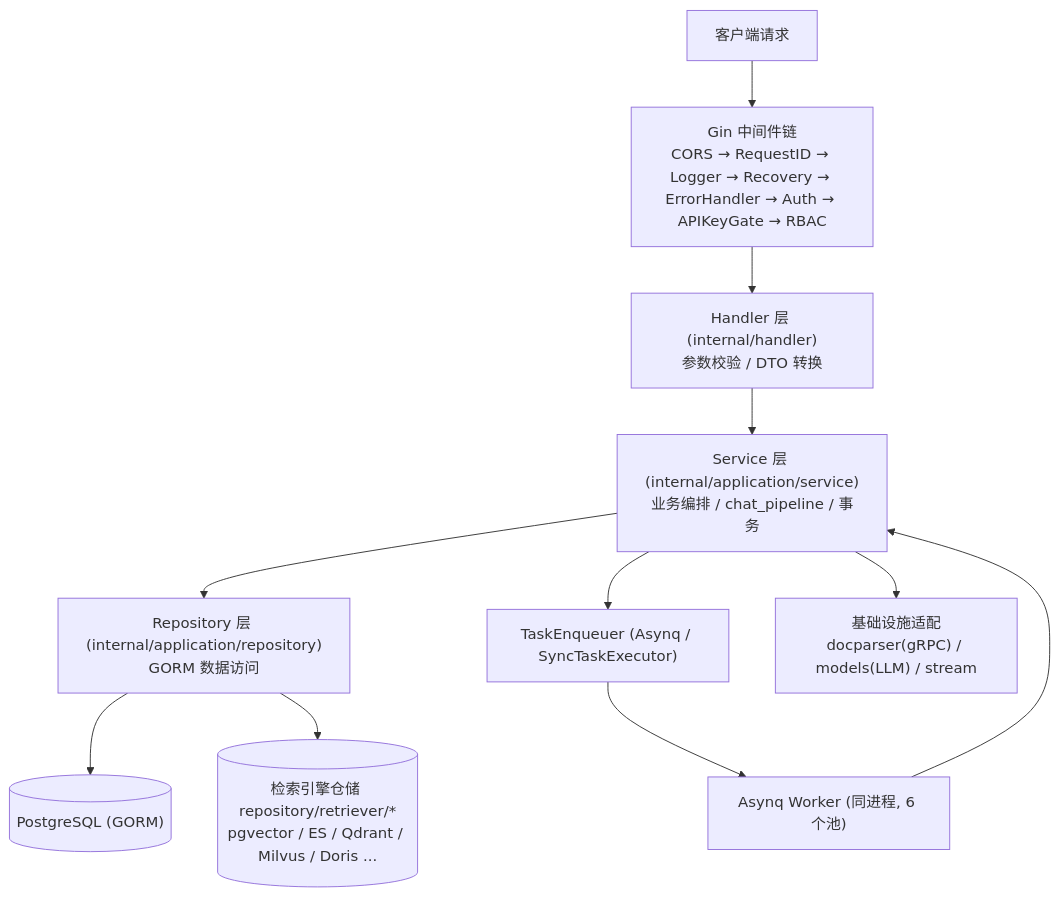
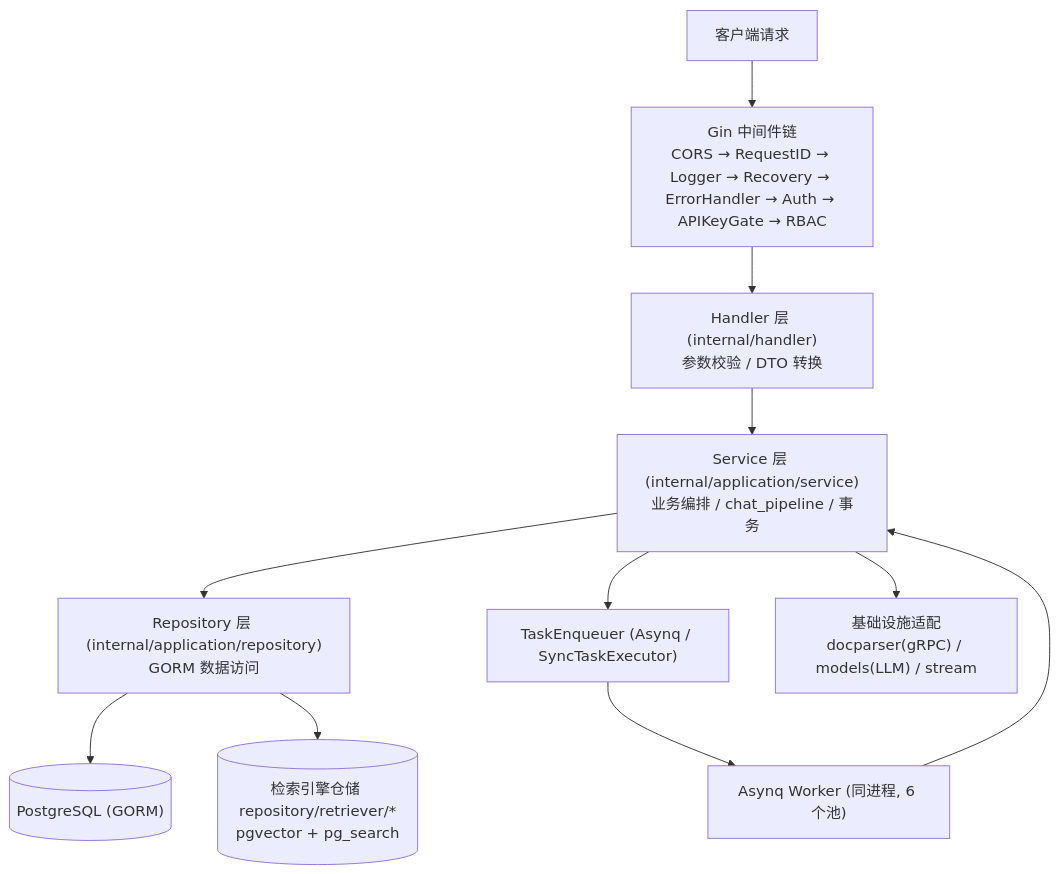
The first of 3 diagrams in website-docs/02-architecture/02-backend-design.md (magicyuan876/Yuheng), drawn with Mermaid before and after one commit. The commit also changed other lines of this file and 37 other files, not shown here.

````diff
--- a/website-docs/02-architecture/02-backend-design.md
+++ b/website-docs/02-architecture/02-backend-design.md
@@ -18,13 +18,13 @@
 ```mermaid
 graph TD
     C["客户端请求"] --> MW["Gin 中间件链<br/>CORS → RequestID → Logger → Recovery → ErrorHandler → Auth → APIKeyGate → RBAC"]
     MW --> H["Handler 层 (internal/handler)<br/>参数校验 / DTO 转换"]
     H --> S["Service 层 (internal/application/service)<br/>业务编排 / chat_pipeline / 事务"]
     S --> R["Repository 层 (internal/application/repository)<br/>GORM 数据访问"]
     S --> Q["TaskEnqueuer (Asynq / SyncTaskExecutor)"]
     R --> DB[("PostgreSQL (GORM)")]
-    R --> VS[("检索引擎仓储 repository/retriever/*<br/>pgvector / ES / Qdrant / Milvus / Doris ...")]
+    R --> VS[("检索引擎仓储 repository/retriever/*<br/>pgvector + pg_search")]
     S --> INF["基础设施适配<br/>docparser(gRPC) / models(LLM) / stream"]
     Q --> W["Asynq Worker (同进程, 6 个池)"]
     W --> S
 ```
````
